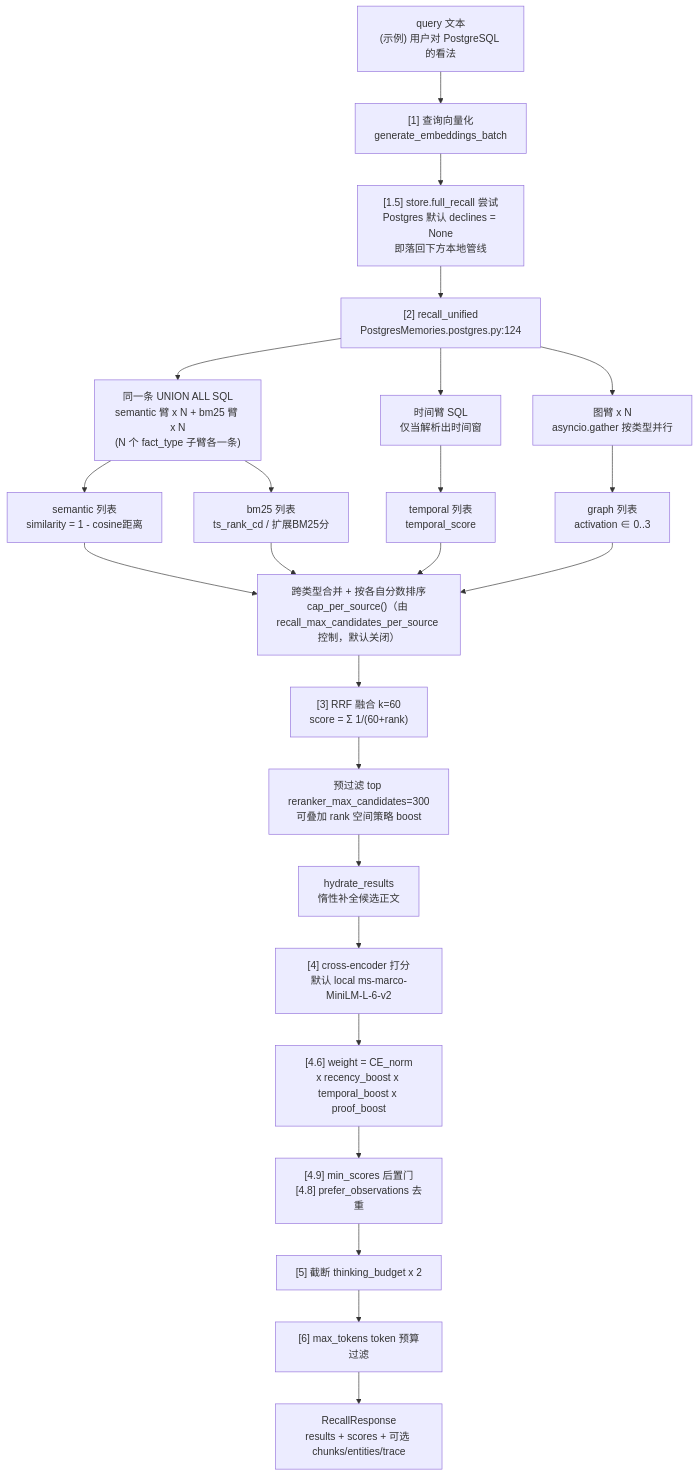
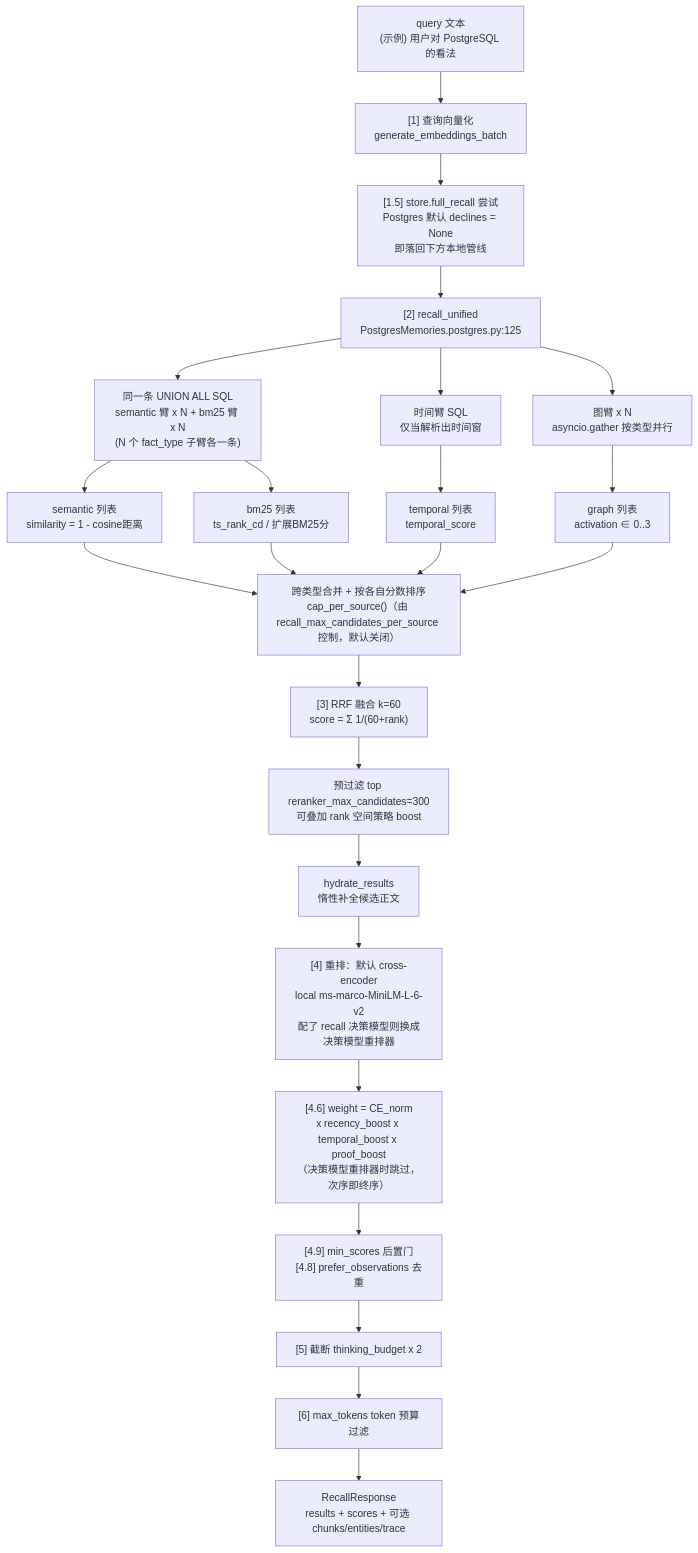
Before and after one commit to stefanv5/memory-platform-architecture: the first of 2 diagrams in docs/hindsight/source-study/03-recall-检索系统.md, drawn with Mermaid. The commit also changed other lines of this file and 9 other files, not shown here.

````diff
--- a/docs/hindsight/source-study/03-recall-检索系统.md
+++ b/docs/hindsight/source-study/03-recall-检索系统.md
@@ -94,30 +95,30 @@
 ```mermaid
 flowchart TB
     Q["query 文本<br/>(示例) 用户对 PostgreSQL 的看法"] --> EMB["[1] 查询向量化<br/>generate_embeddings_batch"]
     EMB --> FR["[1.5] store.full_recall 尝试<br/>Postgres 默认 declines = None<br/>即落回下方本地管线"]
-    FR --> RU["[2] recall_unified<br/>PostgresMemories.postgres.py:124"]
+    FR --> RU["[2] recall_unified<br/>PostgresMemories.postgres.py:125"]
 
     RU --> SB["同一条 UNION ALL SQL<br/>semantic 臂 x N + bm25 臂 x N<br/>(N 个 fact_type 子臂各一条)"]
     RU --> TE["时间臂 SQL<br/>仅当解析出时间窗"]
     RU --> GR["图臂 x N<br/>asyncio.gather 按类型并行"]
 
     SB --> SEM["semantic 列表<br/>similarity = 1 - cosine距离"]
     SB --> KW["bm25 列表<br/>ts_rank_cd / 扩展BM25分"]
     TE --> TEM["temporal 列表<br/>temporal_score"]
     GR --> GRA["graph 列表<br/>activation ∈ 0..3"]
 
     SEM --> SORT["跨类型合并 + 按各自分数排序<br/>cap_per_source()（由 recall_max_candidates_per_source 控制，默认关闭）"]
     KW --> SORT
     TEM --> SORT
     GRA --> SORT
 
     SORT --> RRF["[3] RRF 融合 k=60<br/>score = Σ 1/(60+rank)"]
     RRF --> PRE["预过滤 top reranker_max_candidates=300<br/>可叠加 rank 空间策略 boost"]
     PRE --> HYD["hydrate_results<br/>惰性补全候选正文"]
-    HYD --> CE["[4] cross-encoder 打分<br/>默认 local ms-marco-MiniLM-L-6-v2"]
-    CE --> CS["[4.6] weight = CE_norm<br/>x recency_boost x temporal_boost x proof_boost"]
+    HYD --> CE["[4] 重排：默认 cross-encoder<br/>local ms-marco-MiniLM-L-6-v2<br/>配了 recall 决策模型则换成决策模型重排器"]
+    CE --> CS["[4.6] weight = CE_norm<br/>x recency_boost x temporal_boost x proof_boost<br/>（决策模型重排器时跳过，次序即终序）"]
     CS --> MS["[4.9] min_scores 后置门<br/>[4.8] prefer_observations 去重"]
     MS --> TR["[5] 截断 thinking_budget x 2"]
     TR --> TOK["[6] max_tokens token 预算过滤"]
     TOK --> RES["RecallResponse<br/>results + scores + 可选 chunks/entities/trace"]
 ```
````
